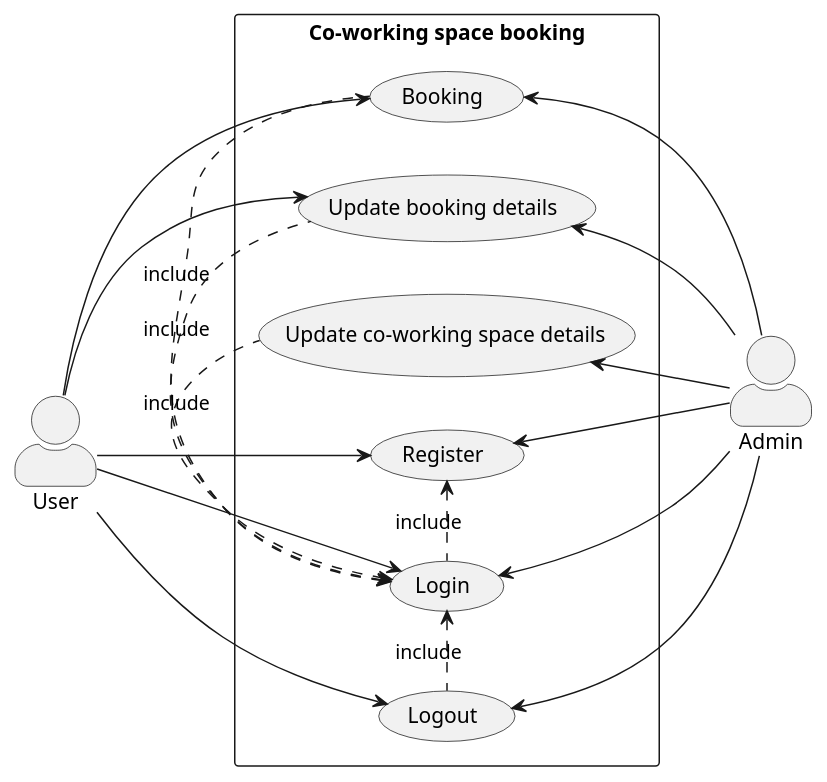
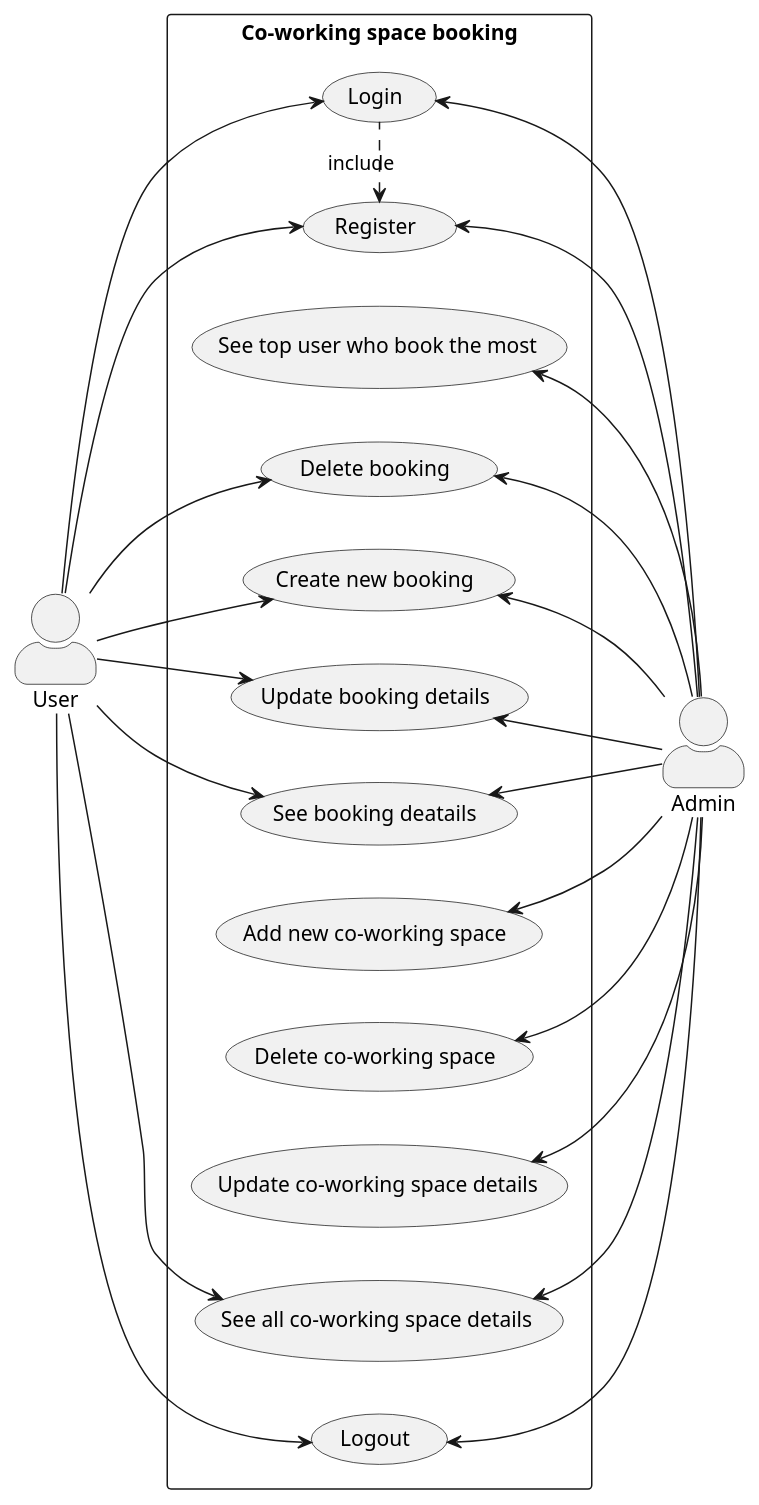
One commit to 2110503TACEDT66/presentation-day-1-nongearnproject changed the diagram in caseDiagram.puml. Above: the diagram before and after it, drawn with PlantUML. The commit also changed 1 other file, not shown here.

Commit message:
case diagram ver 2

```diff
--- a/caseDiagram.puml
+++ b/caseDiagram.puml
@@ -1,30 +1,54 @@
 @startuml case diagram
 skinparam actorStyle awesome
 left to right direction
 actor "User" as fc
 actor "Admin" as ad
 rectangle "Co-working space booking" {
   usecase "Register" as UC1
   usecase "Login" as UC2
   usecase "Logout" as UC3
-  usecase "Booking" as UC4
-  usecase "Update booking details" as UC6
-  usecase "Update co-working space details" as UC7
+  usecase "See all co-working space details" as UC5
+  usecase "Update co-working space details" as UC6
+  usecase "Delete co-working space" as UC7
+  usecase "Add new co-working space" as UC8
+  usecase "See booking deatails" as UC9
+  usecase "Update booking details" as UC10
+  usecase "Create new booking" as UC11
+  usecase "Delete booking" as UC12
+  usecase "See top user who book the most" as UC13
 }
 UC1 <. UC2 : include
-UC2 <. UC4 : include
-UC2 <. UC6 : include
-UC2 <. UC7 : include
-UC2 <. UC3 : include
+' UC2 <. UC3 : include
+' UC2 <. UC5 : include
+' UC2 <. UC6 : include
+' UC2 <. UC7 : include
+' UC2 <. UC8 : include
+' UC2 <. UC9 : include
+' UC2 <. UC10 : include
+' UC2 <. UC11 : include
+' UC2 <. UC12 : include
+' UC2 <. UC13 : include
+
+ad -up-> UC1
+ad -up-> UC2
 ad -up-> UC3
-ad -up-> UC4
-ad -up-> UC1
+ad -up-> UC5
+ad -up-> UC6
+ad -up-> UC7
+ad -up-> UC8
+ad -up-> UC9
+ad -up-> UC10
+ad -up-> UC11
+ad -up-> UC12
+ad -up-> UC13
+
 fc --> UC1
 fc --> UC2
 fc --> UC3
-fc --> UC4
-ad -up-> UC6
-fc --> UC6
-ad -up-> UC7
-ad -up-> UC2
+fc --> UC5
+fc --> UC9
+fc --> UC10
+fc --> UC12
+fc --> UC11
+
 @enduml
```
